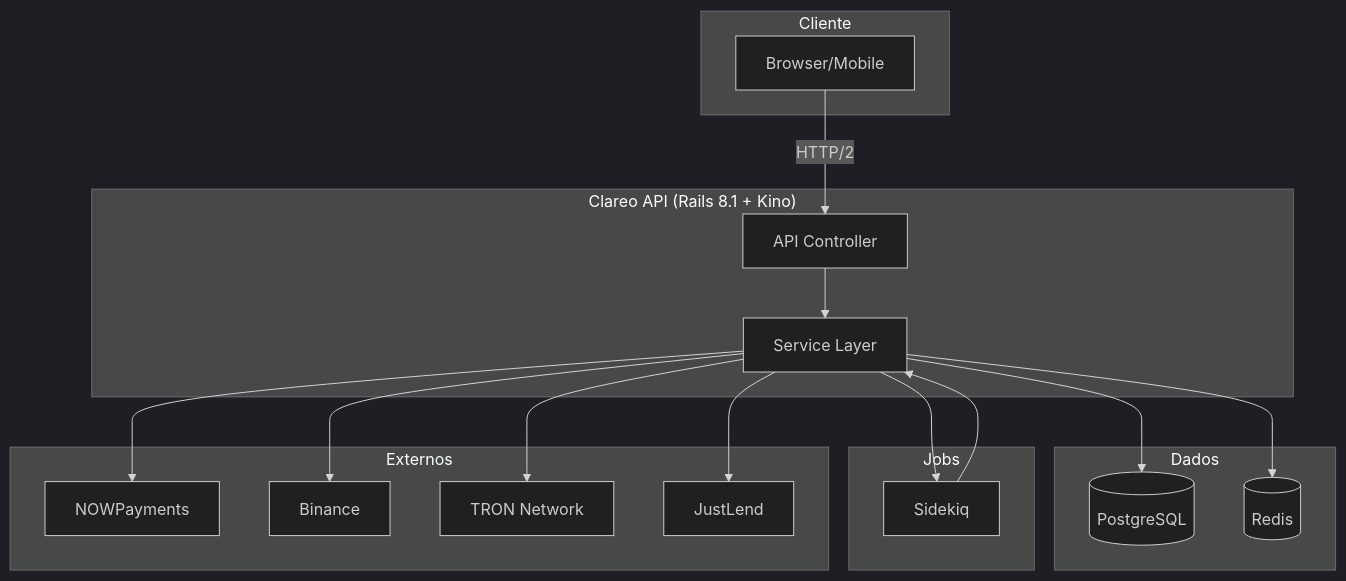
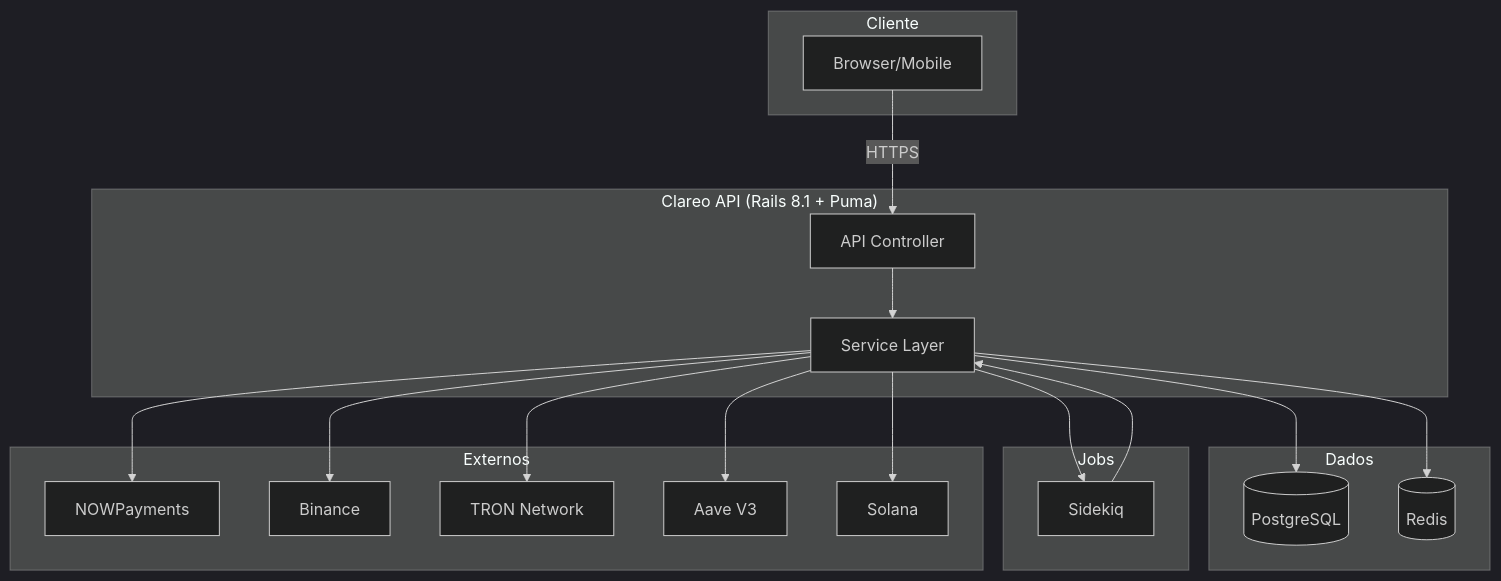
The first of 6 diagrams in doc/16-DIAGRAMAS.md (GabrielHR0/clareo-api), drawn with Mermaid (dark theme) before and after one commit. The commit also changed other lines of this file and 18 other files, not shown here.

````diff
--- a/doc/16-DIAGRAMAS.md
+++ b/doc/16-DIAGRAMAS.md
@@ -5,38 +5,40 @@
 ```mermaid
 graph TB
     subgraph "Cliente"
         A[Browser/Mobile]
     end
 
-    subgraph "Clareo API (Rails 8.1 + Kino)"
+    subgraph "Clareo API (Rails 8.1 + Puma)"
         B[API Controller]
         C[Service Layer]
     end
 
     subgraph "Dados"
         D[(PostgreSQL)]
         E[(Redis)]
     end
 
     subgraph "Jobs"
         F[Sidekiq]
     end
 
     subgraph "Externos"
         G[NOWPayments]
         H[Binance]
         I[TRON Network]
-        J[JustLend]
+        J[Aave V3]
+        K[Solana]
     end
 
-    A -->|HTTP/2| B
+    A -->|HTTPS| B
     B --> C
     C --> D
     C --> E
     C --> F
     F --> C
     C --> G
     C --> H
     C --> I
     C --> J
+    C --> K
 ```
````
